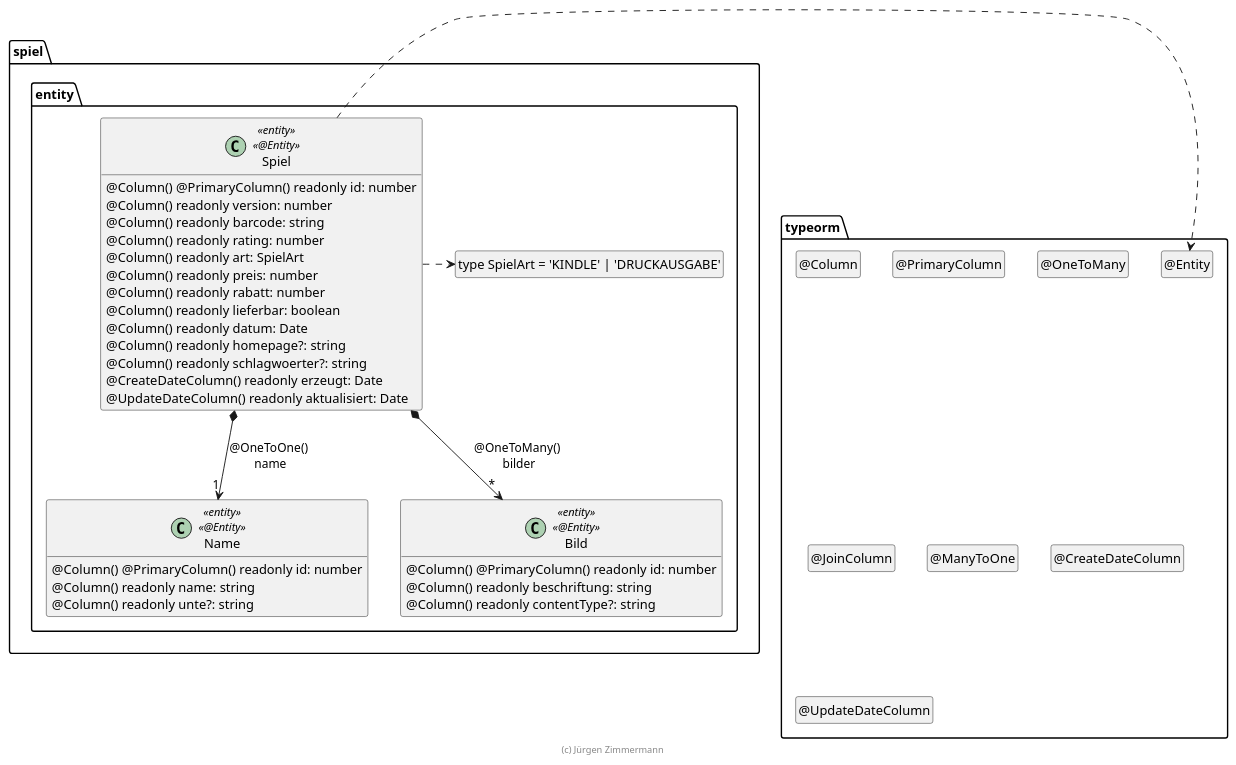
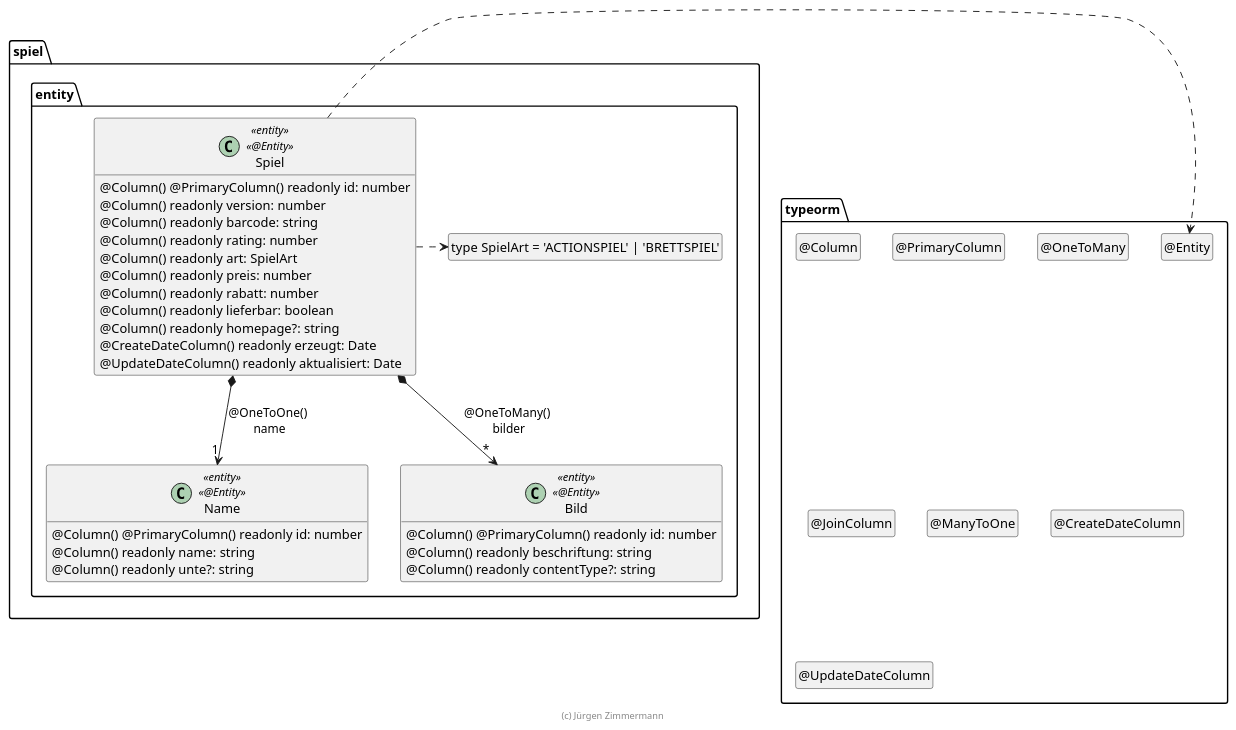
One commit to alperhka/spiel changed the diagram in .extras/doc/projekthandbuch/Spiel.plantuml. Above: the diagram before and after it, drawn with PlantUML. The commit also changed 26 other files, not shown here.

Commit message:
test: neue GraphQL-Testdateien hinzugefügt fix: SQL-Skripte korrigiert docs: Projektbeschreibung aktualisiert

```diff
--- a/.extras/doc/projekthandbuch/Spiel.plantuml
+++ b/.extras/doc/projekthandbuch/Spiel.plantuml
@@ -18,65 +18,63 @@
 @startuml Entity
 
 package typeorm {
   class "@Entity" as Entity
   hide Entity circle
   class "@Column" as Column
   hide Column circle
   class "@PrimaryColumn" as PrimaryColumn
   hide PrimaryColumn circle
   class "@OneToMany" as OneToMany
   hide OneToMany circle
   class "@JoinColumn" as JoinColumn
   hide JoinColumn circle
   class "@ManyToOne" as ManyToOne
   hide ManyToOne circle
   class "@CreateDateColumn" as CreateDateColumn
   hide CreateDateColumn circle
   class "@UpdateDateColumn" as UpdateDateColumn
   hide UpdateDateColumn circle
 }
 
 package spiel.entity {
-  class "type SpielArt = 'KINDLE' | 'DRUCKAUSGABE'" as SpielArt
+  class "type SpielArt = 'ACTIONSPIEL' | 'BRETTSPIEL'" as SpielArt
   hide SpielArt circle
 
   class Spiel <<entity>> <<@Entity>> {
     @Column() @PrimaryColumn() readonly id: number
     @Column() readonly version: number
     @Column() readonly barcode: string
     @Column() readonly rating: number
     @Column() readonly art: SpielArt
     @Column() readonly preis: number
     @Column() readonly rabatt: number
     @Column() readonly lieferbar: boolean
-    @Column() readonly datum: Date
     @Column() readonly homepage?: string
-    @Column() readonly schlagwoerter?: string
     @CreateDateColumn() readonly erzeugt: Date
     @UpdateDateColumn() readonly aktualisiert: Date
   }
 
   class Name <<entity>> <<@Entity>> {
     @Column() @PrimaryColumn() readonly id: number
     @Column() readonly name: string
     @Column() readonly unte?: string
   }
 
   class Bild <<entity>> <<@Entity>> {
     @Column() @PrimaryColumn() readonly id: number
     @Column() readonly beschriftung: string
     @Column() readonly contentType?: string
   }
 
   Spiel *--> "1" Name : @OneToOne() \nname
   Spiel *--> "*" Bild : @OneToMany() \nbilder
 
   Spiel .right.> Entity
   Spiel .right.> SpielArt
 }
 
 hide empty members
 
 footer (c) Jürgen Zimmermann
 
 @enduml
```
